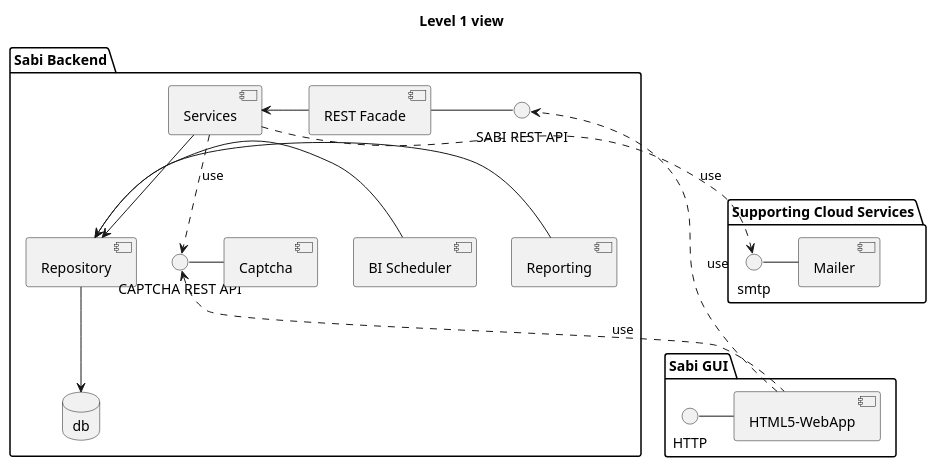
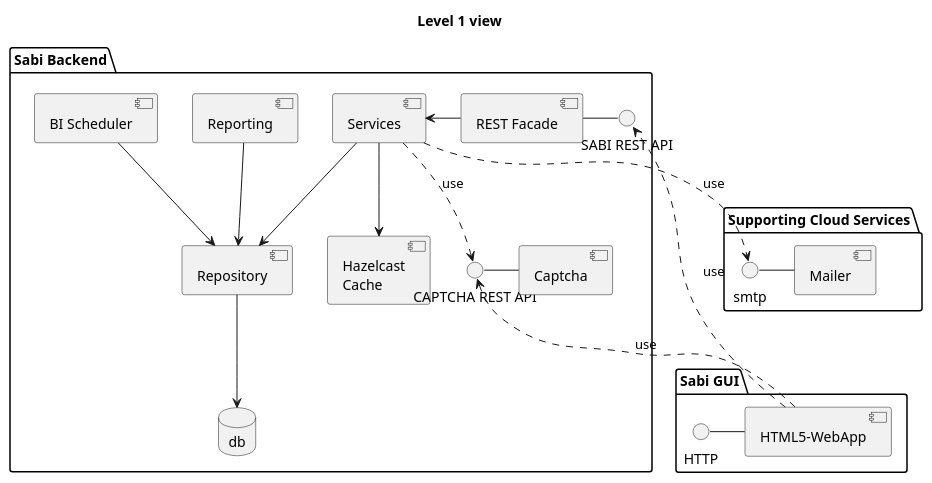
One commit to StefanSchubert/sabi changed the diagram in sabi-parent/sabi-server/UML/5.1_BuildingBlockView/Comp_Level1_Sabi.puml. Above: the diagram before and after it, drawn with PlantUML. The commit also changed 18 other files, not shown here.

Commit message:
#24 added hazelcast as distributed cache, Captcha Remote Call, Notification Service

```diff
--- a/sabi-parent/sabi-server/UML/5.1_BuildingBlockView/Comp_Level1_Sabi.puml
+++ b/sabi-parent/sabi-server/UML/5.1_BuildingBlockView/Comp_Level1_Sabi.puml
@@ -1,43 +1,44 @@
 @startuml
 
 skinparam monochrome true
 skinparam componentStyle uml2
 
 package "Sabi GUI" {
 HTTP - [HTML5-WebApp]
 }
 
 package "Sabi Backend" {
 title Level 1 view
 interface "SABI REST API" as rest
 database db
 [HTML5-WebApp] ..> rest : use
 [REST Facade] - rest
 [Services] <- [REST Facade]
 [Repository] --> db
 
 together {
 [Services] --> [Repository]
-[Reporting] -> [Repository]
-[BI Scheduler] -> [Repository]
+[Reporting] --> [Repository]
+[BI Scheduler] --> [Repository]
 }
 
+[Services] --> [Hazelcast\nCache]
 
 interface "CAPTCHA REST API" as rest2
 rest2 - [Captcha]
 
 
 [Services] ..> rest2 : use
 rest2 <.. [HTML5-WebApp] : use
 
 }
 
 package "Supporting Cloud Services" {
 
 interface smtp
 smtp - [Mailer]
 [Services] ..> smtp : use
 
 }
 
 @enduml
```
